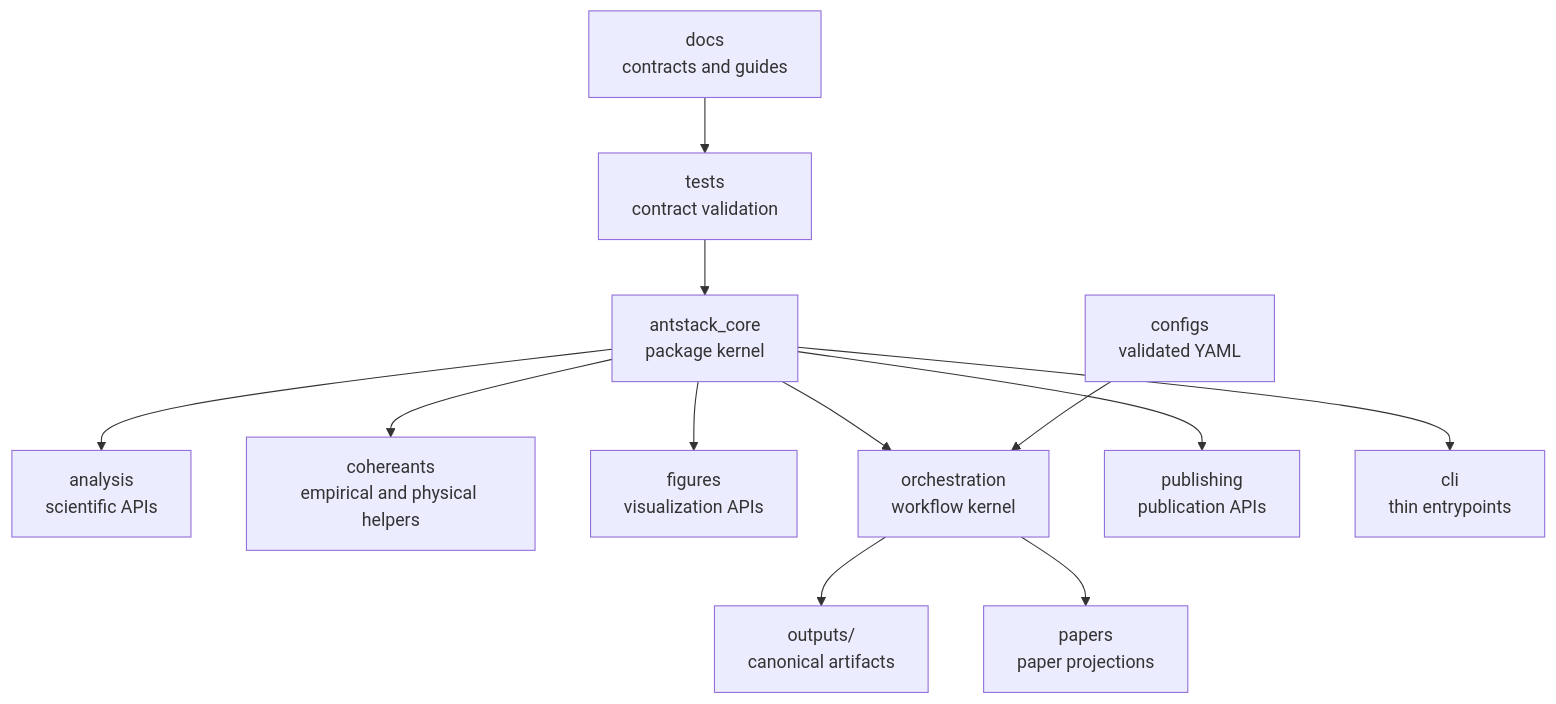
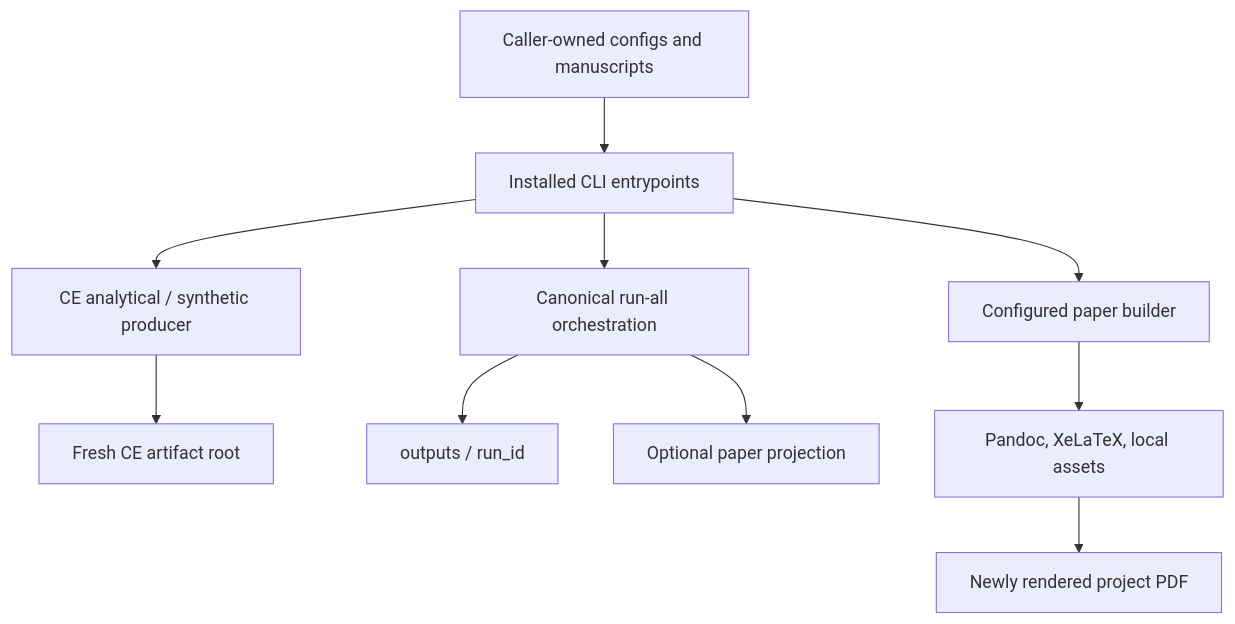
The diagram in docs/architecture.md (docxology/ant_stack), drawn with Mermaid before and after one commit. The commit also changed other lines of this file and 254 other files, not shown here.

````diff
--- a/docs/architecture.md
+++ b/docs/architecture.md
@@ -5,14 +18,12 @@
 ```mermaid
 flowchart TD
-    Kernel["antstack_core\npackage kernel"] --> Analysis["analysis\nscientific APIs"]
-    Kernel --> Cohereants["cohereants\nempirical and physical helpers"]
-    Kernel --> Figures["figures\nvisualization APIs"]
-    Kernel --> Orchestration["orchestration\nworkflow kernel"]
-    Kernel --> Publishing["publishing\npublication APIs"]
-    Kernel --> CLI["cli\nthin entrypoints"]
-    Configs["configs\nvalidated YAML"] --> Orchestration
-    Orchestration --> Outputs["outputs/<run_id>\ncanonical artifacts"]
-    Orchestration --> Papers["papers\npaper projections"]
-    Docs["docs\ncontracts and guides"] --> Tests["tests\ncontract validation"]
-    Tests --> Kernel
+    Caller["Caller-owned configs and manuscripts"] --> CLI["Installed CLI entrypoints"]
+    CLI --> Analysis["CE analytical / synthetic producer"]
+    CLI --> RunAll["Canonical run-all orchestration"]
+    CLI --> Builder["Configured paper builder"]
+    Analysis --> Fresh["Fresh CE artifact root"]
+    RunAll --> Canonical["outputs / run_id"]
+    RunAll --> Projection["Optional paper projection"]
+    Builder --> Renderer["Pandoc, XeLaTeX, local assets"]
+    Renderer --> PDF["Newly rendered project PDF"]
 ```
````
